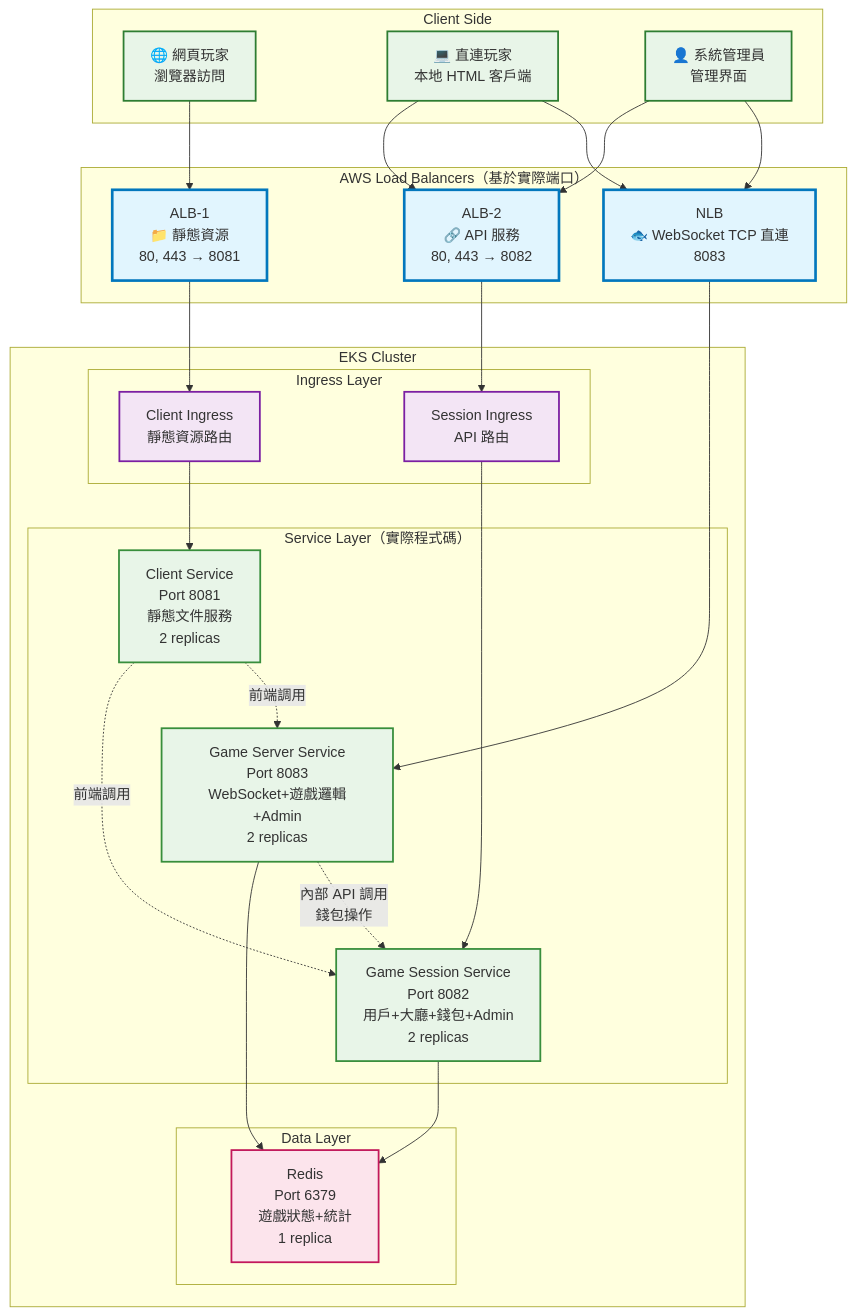
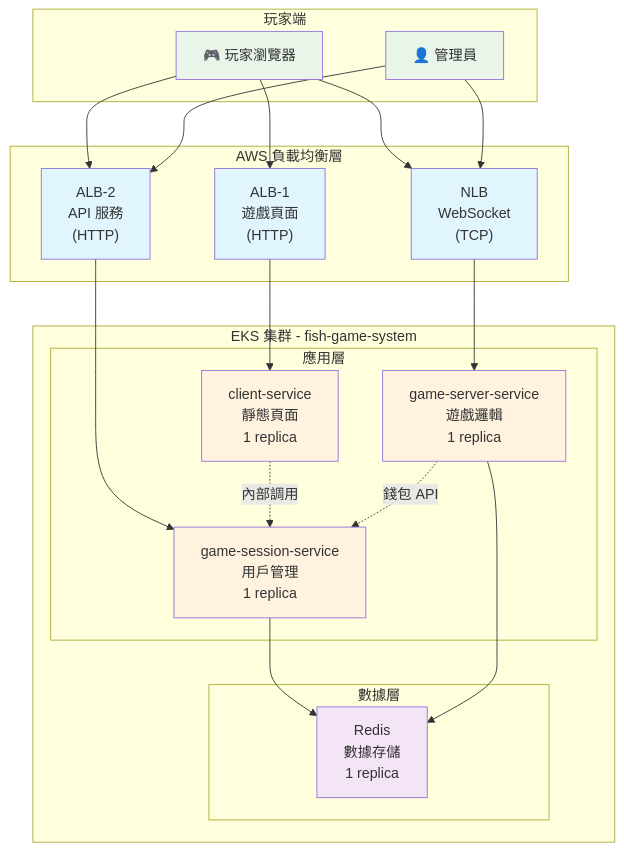
One commit to hoycdanny/fish-machine-workshop changed the diagram in 3.eks-service-deployment/README.md. Above: the diagram before and after it, drawn with Mermaid. The commit also changed other lines of this file and 6 other files, not shown here.

````diff
--- a/3.eks-service-deployment/README.md
+++ b/3.eks-service-deployment/README.md
@@ -9,63 +541,50 @@
 ```mermaid
 graph TB
-    subgraph "Client Side"
-        WebBrowser["🌐 網頁玩家<br/>瀏覽器訪問"]
-        LocalHTML["💻 直連玩家<br/>本地 HTML 客戶端"]
-        AdminPanel["👤 系統管理員<br/>管理界面"]
+    subgraph "玩家端"
+        Player["🎮 玩家瀏覽器"]
+        Admin["👤 管理員"]
     end
     
-    subgraph "AWS Load Balancers（基於實際端口）"
-        ALB1["ALB-1<br/>📁 靜態資源<br/>80, 443 → 8081"]
-        ALB2["ALB-2<br/>🔗 API 服務<br/>80, 443 → 8082"]
-        NLB["NLB<br/>🐟 WebSocket TCP 直連<br/>8083"]
+    subgraph "AWS 負載均衡層"
+        ALB1["ALB-1<br/>遊戲頁面<br/>(HTTP)"]
+        ALB2["ALB-2<br/>API 服務<br/>(HTTP)"]
+        NLB["NLB<br/>WebSocket<br/>(TCP)"]
     end
     
-    subgraph "EKS Cluster"
-        subgraph "Ingress Layer"
-            ClientIngress["Client Ingress<br/>靜態資源路由"]
-            SessionIngress["Session Ingress<br/>API 路由"]
+    subgraph "EKS 集群 - fish-game-system"
+        subgraph "應用層"
+            Client["client-service<br/>靜態頁面<br/>1 replica"]
+            Session["game-session-service<br/>用戶管理<br/>1 replica"]
+            Server["game-server-service<br/>遊戲邏輯<br/>1 replica"]
         end
         
-        subgraph "Service Layer（實際程式碼）"
-            ClientSvc["Client Service<br/>Port 8081<br/>靜態文件服務<br/>2 replicas"]
-            SessionSvc["Game Session Service<br/>Port 8082<br/>用戶+大廳+錢包+Admin<br/>2 replicas"]
-            ServerSvc["Game Server Service<br/>Port 8083<br/>WebSocket+遊戲邏輯+Admin<br/>2 replicas"]
-        end
-        
-        subgraph "Data Layer"
-            Redis["Redis<br/>Port 6379<br/>遊戲狀態+統計<br/>1 replica"]
+        subgraph "數據層"
+            Redis["Redis<br/>數據存儲<br/>1 replica"]
         end
     end
     
-    WebBrowser --> ALB1
-    LocalHTML --> ALB2
-    LocalHTML --> NLB
-    AdminPanel --> ALB2
-    AdminPanel --> NLB
+    Player --> ALB1
+    Player --> ALB2
+    Player --> NLB
+    Admin --> ALB2
+    Admin --> NLB
     
-    ALB1 --> ClientIngress
-    ALB2 --> SessionIngress
-    NLB --> ServerSvc
+    ALB1 --> Client
+    ALB2 --> Session
+    NLB --> Server
     
-    ClientIngress --> ClientSvc
-    SessionIngress --> SessionSvc
+    Client -.->|內部調用| Session
+    Session --> Redis
+    Server --> Redis
+    Server -.->|錢包 API| Session
     
-    ClientSvc -.->|前端調用| SessionSvc
-    ClientSvc -.->|前端調用| ServerSvc
+    classDef player fill:#e8f5e8
+    classDef alb fill:#e1f5fe
+    classDef service fill:#fff3e0
+    classDef data fill:#f3e5f5
     
-    SessionSvc --> Redis
-    ServerSvc --> Redis
-    ServerSvc -.->|內部 API 調用<br/>錢包操作| SessionSvc
-    
-    classDef clientStyle fill:#e8f5e8,stroke:#2e7d32,stroke-width:2px
-    classDef lbStyle fill:#e1f5fe,stroke:#0277bd,stroke-width:3px
-    classDef ingressStyle fill:#f3e5f5,stroke:#7b1fa2,stroke-width:2px
-    classDef serviceStyle fill:#e8f5e8,stroke:#388e3c,stroke-width:2px
-    classDef dataStyle fill:#fce4ec,stroke:#c2185b,stroke-width:2px
-    
-    class WebBrowser,LocalHTML,AdminPanel clientStyle
-    class ALB1,ALB2,NLB lbStyle
-    class ClientIngress,SessionIngress ingressStyle
-    class ClientSvc,SessionSvc,ServerSvc serviceStyle
-    class Redis dataStyle
+    class Player,Admin player
+    class ALB1,ALB2,NLB alb
+    class Client,Session,Server service
+    class Redis data
 ```
````
